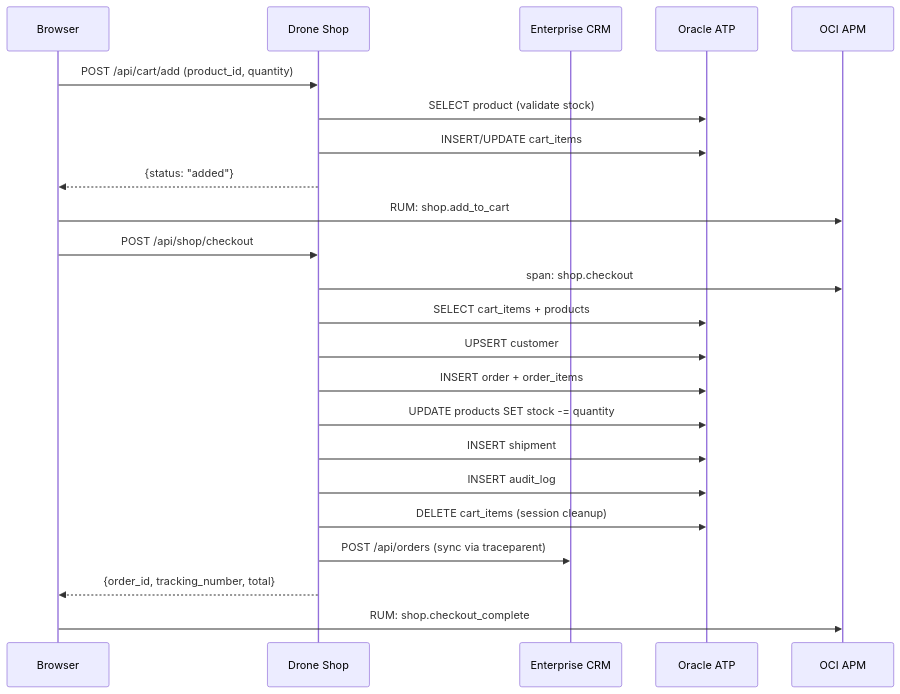
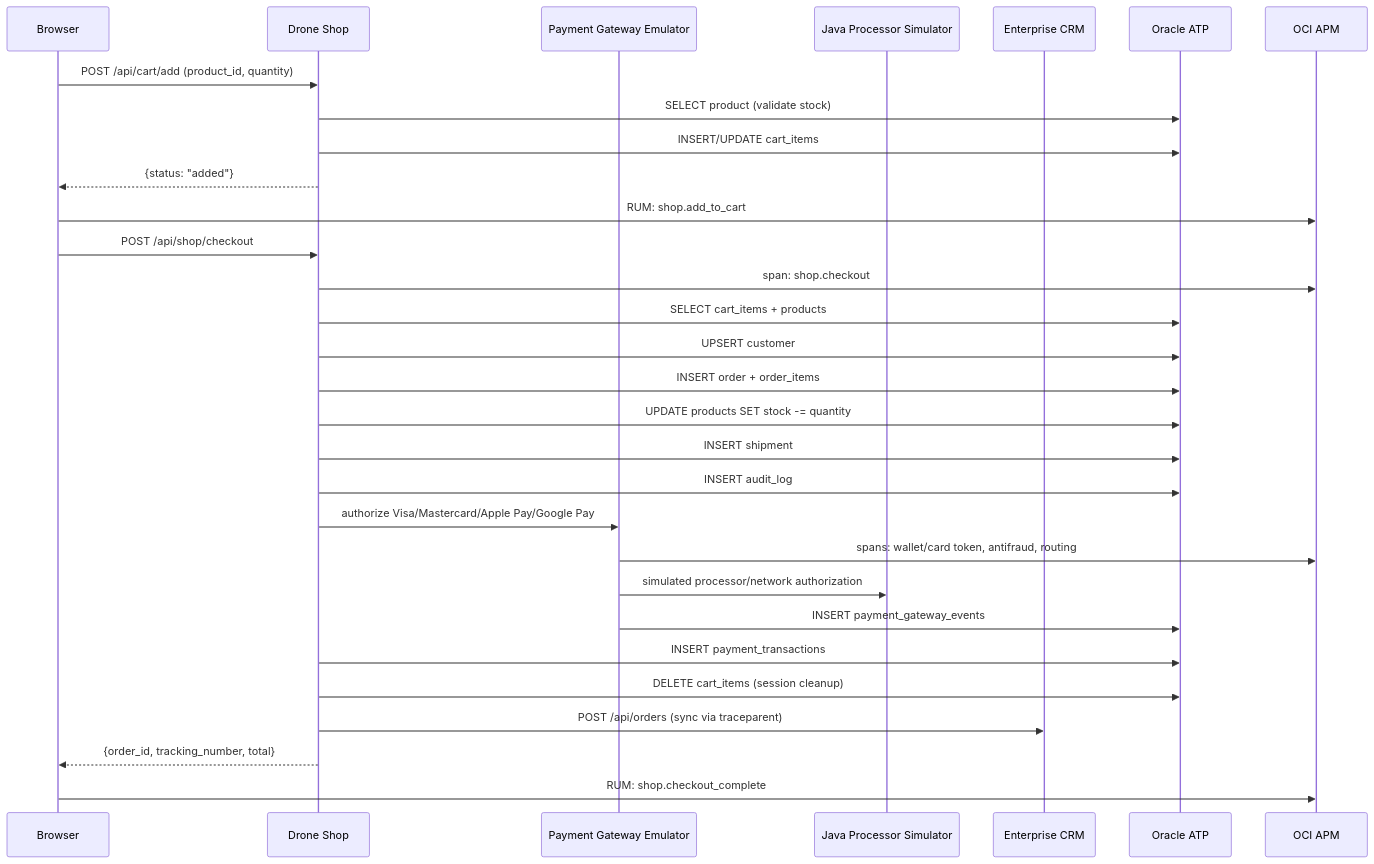
One commit to adibirzu/octo-apm-demo changed the diagram in shop/site/drone-shop/checkout.md. Above: the diagram before and after it, drawn with Mermaid. The commit also changed other lines of this file and 11 other files, not shown here.

Commit message:
feat(payment): add gateway emulation spans

````diff
--- a/shop/site/drone-shop/checkout.md
+++ b/shop/site/drone-shop/checkout.md
@@ -7,27 +7,34 @@
 ```mermaid
 sequenceDiagram
     participant Browser
     participant Shop as Drone Shop
+    participant PGW as Payment Gateway Emulator
+    participant Java as Java Processor Simulator
     participant CRM as Enterprise CRM
     participant ATP as Oracle ATP
     participant APM as OCI APM
 
     Browser->>Shop: POST /api/cart/add (product_id, quantity)
     Shop->>ATP: SELECT product (validate stock)
     Shop->>ATP: INSERT/UPDATE cart_items
     Shop-->>Browser: {status: "added"}
     Browser->>APM: RUM: shop.add_to_cart
 
     Browser->>Shop: POST /api/shop/checkout
     Shop->>APM: span: shop.checkout
     Shop->>ATP: SELECT cart_items + products
     Shop->>ATP: UPSERT customer
     Shop->>ATP: INSERT order + order_items
     Shop->>ATP: UPDATE products SET stock -= quantity
     Shop->>ATP: INSERT shipment
     Shop->>ATP: INSERT audit_log
+    Shop->>PGW: authorize Visa/Mastercard/Apple Pay/Google Pay
+    PGW->>APM: spans: wallet/card token, antifraud, routing
+    PGW->>Java: simulated processor/network authorization
+    PGW->>ATP: INSERT payment_gateway_events
+    Shop->>ATP: INSERT payment_transactions
     Shop->>ATP: DELETE cart_items (session cleanup)
     Shop->>CRM: POST /api/orders (sync via traceparent)
     Shop-->>Browser: {order_id, tracking_number, total}
     Browser->>APM: RUM: shop.checkout_complete
 ```
````
